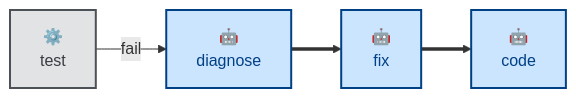
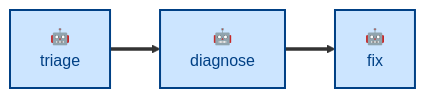
The diagram in skills/diagnose/README.md (kieranpotts/skills), drawn with Mermaid before and after one commit. The commit also changed other lines of this file and 21 other files, not shown here.

````diff
--- a/skills/diagnose/README.md
+++ b/skills/diagnose/README.md
@@ -56,18 +40,16 @@
 ```mermaid
 flowchart LR
   %% Node labels and classes.
-  test["⚙️<br/>test"]:::scripted
+  triage["🤖<br/>triage"]:::agentic
   diagnose["🤖<br/>diagnose"]:::agentic
   fix["🤖<br/>fix"]:::agentic
-  code["🤖<br/>code"]:::agentic
 
   %% Main workflow sequence.
-  test -- fail --> diagnose
+  triage ==> diagnose
   diagnose ==> fix
-  fix ==> code
 
   %% Class definitions.
   classDef agentic fill:#cce5ff,stroke:#004085,color:#004085,stroke-width:2px
   classDef scripted fill:#e2e3e5,stroke:#4b5157,color:#383d41,stroke-width:2px
   classDef anthropic fill:#fff3cd,stroke:#856404,color:#856404,stroke-width:1px,stroke-dasharray:2 3
 ```
````
